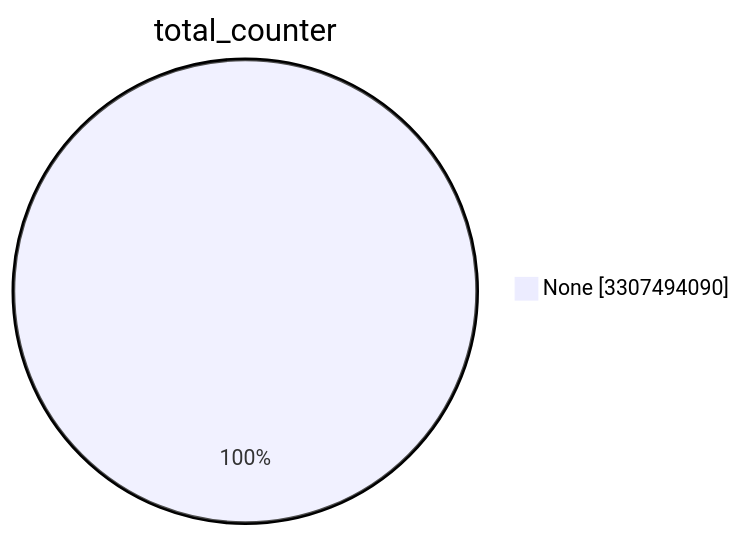
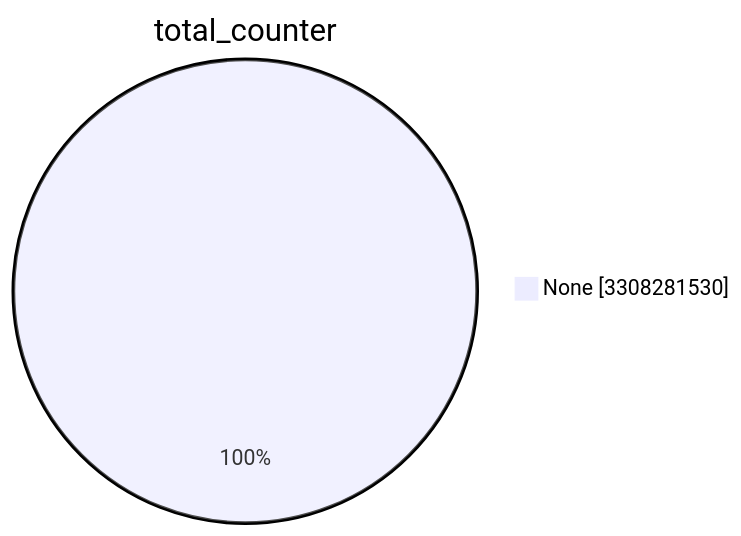
The first of 15 diagrams in TOTAL/README.md (christiankrug/ctmonitor_visualization), drawn with Mermaid before and after one commit. The commit also changed other lines of this file, not shown here.

````diff
--- a/TOTAL/README.md
+++ b/TOTAL/README.md
@@ -1,5 +1,5 @@
 ```mermaid
 pie showData
 title total_counter
-"None" :3307494090
+"None" :3308281530
 ```
````
